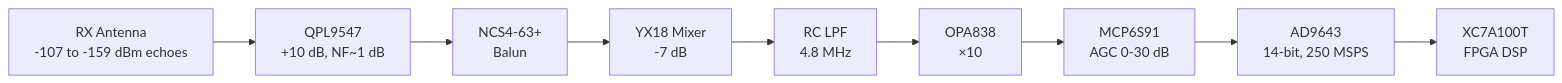
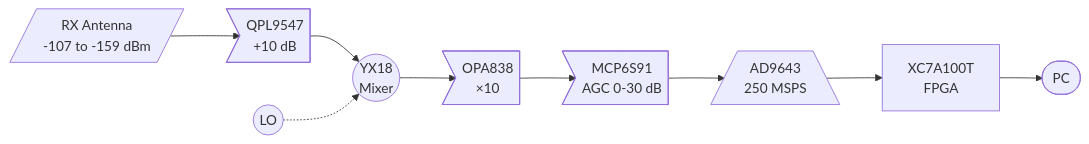
One commit to oliskcz/Lyrion-Radar changed the third of 4 diagrams in README.md. Above: the diagram before and after it, drawn with Mermaid. The commit also changed other lines of this file and 1 other file, not shown here.

Commit message:
System Overview: use RF block diagram shapes (trapezoid antenna, flag amp, circle mixer, stadium PLL, diamond filter, parallelogram ADC). Signal Chain: split into TX / RX / Complete paths with shape-consistent diagrams. Complete path shows target/drone explicitly

````diff
--- a/README.md
+++ b/README.md
@@ -218,11 +251,7 @@
 ```mermaid
-graph LR
-    A["RX Antenna<br/>-107 to -159 dBm echoes"] --> B["QPL9547<br/>+10 dB, NF~1 dB"]
-    B --> C["NCS4-63+<br/>Balun"]
-    C --> D["YX18 Mixer<br/>-7 dB"]
-    D --> E["RC LPF<br/>4.8 MHz"]
-    E --> F["OPA838<br/>×10"]
-    F --> G["MCP6S91<br/>AGC 0-30 dB"]
-    G --> H["AD9643<br/>14-bit, 250 MSPS"]
-    H --> I["XC7A100T<br/>FPGA DSP"]
+flowchart LR
+    RXANT[/"RX Antenna<br/>-107 to -159 dBm"/] --> LNA>"QPL9547<br/>+10 dB"] --> MIX(("YX18<br/>Mixer"))
+    MIX --> IFA>"OPA838<br/>×10"] --> AGC>"MCP6S91<br/>AGC 0-30 dB"] --> ADC[/"AD9643<br/>250 MSPS"\] --> FPGA["XC7A100T<br/>FPGA"] --> PC(["PC"])
+
+    LO_in(("LO")) -.-> MIX
 ```
````
